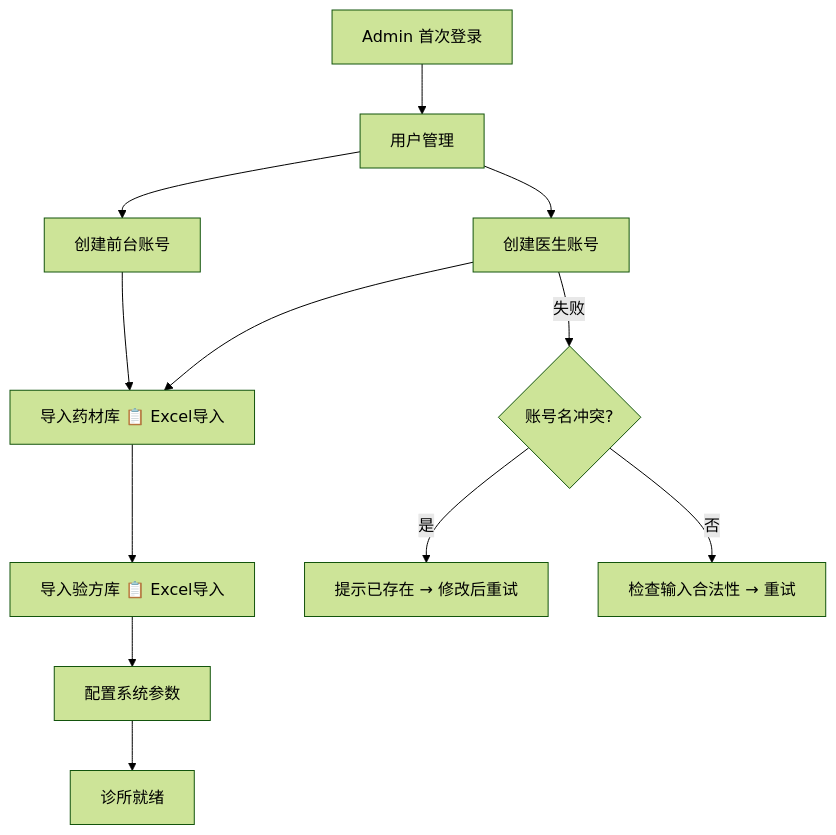
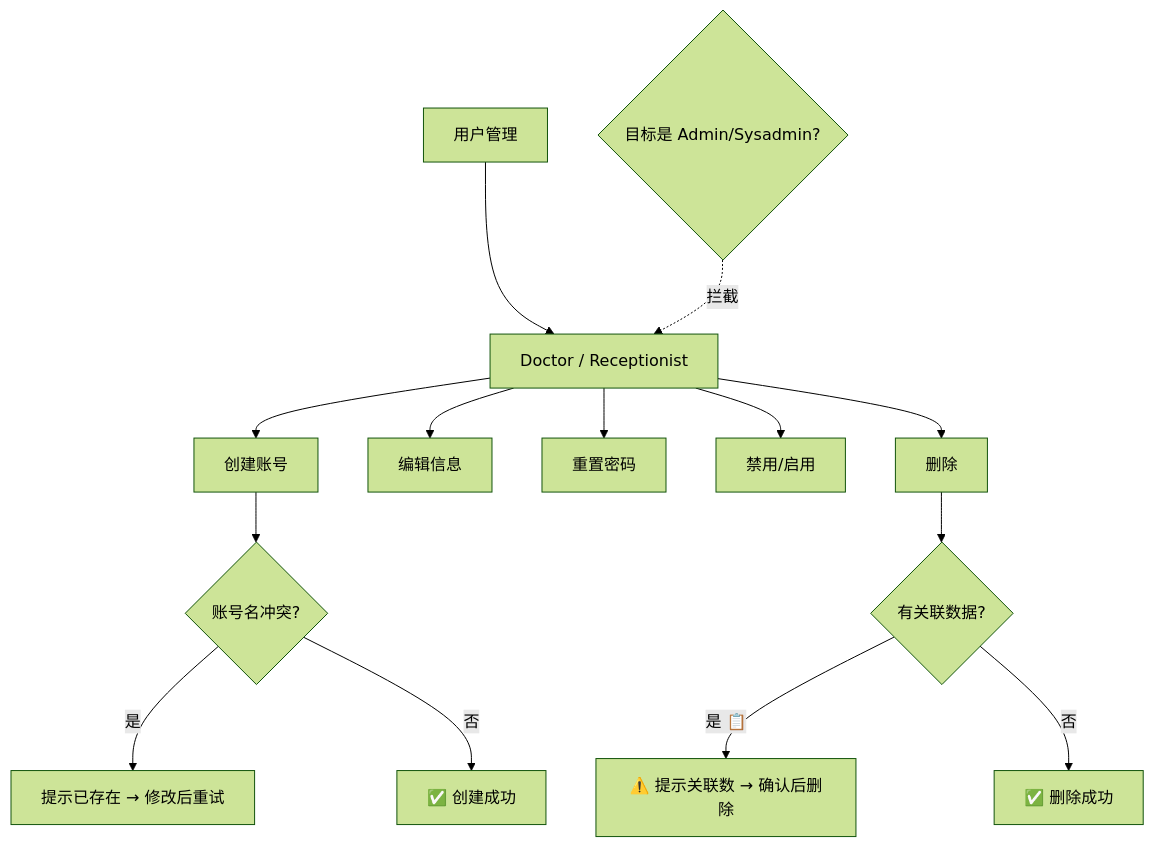
One commit to shouqitao/LYBTZYZS changed the third of 11 diagrams in docs/01-product/02-personas.md. Above: the diagram before and after it, drawn with Mermaid (forest theme). The commit also changed other lines of this file, not shown here.

First line of the commit message:
docs(personas): restructure Admin flow - parallel management modules with separate sub-flows

````diff
--- a/docs/01-product/02-personas.md
+++ b/docs/01-product/02-personas.md
@@ -111,15 +125,19 @@
 ```mermaid
 flowchart TD
-    A[Admin 首次登录] --> B[用户管理]
-    B --> B1[创建医生账号]
-    B --> B2[创建前台账号]
-    B1 --> C[导入药材库 📋 Excel导入]
-    B2 --> C
-    C --> D[导入验方库 📋 Excel导入]
-    D --> E[配置系统参数]
-    E --> F[诊所就绪]
+    A[用户管理] --> B[Doctor / Receptionist]
+    B --> C[创建账号]
+    B --> D[编辑信息]
+    B --> E[重置密码]
+    B --> F[禁用/启用]
+    B --> G[删除]
 
-    B1 -->|失败| B1a{账号名冲突?}
-    B1a -->|是| B1b[提示已存在 → 修改后重试]
-    B1a -->|否| B1c[检查输入合法性 → 重试]
+    C --> C1{账号名冲突?}
+    C1 -->|是| C2[提示已存在 → 修改后重试]
+    C1 -->|否| C3[✅ 创建成功]
+
+    G --> G1{有关联数据?}
+    G1 -->|是 📋| G2[⚠️ 提示关联数 → 确认后删除]
+    G1 -->|否| G3[✅ 删除成功]
+
+    H{目标是 Admin/Sysadmin?} -.->|拦截| B
 ```
````
